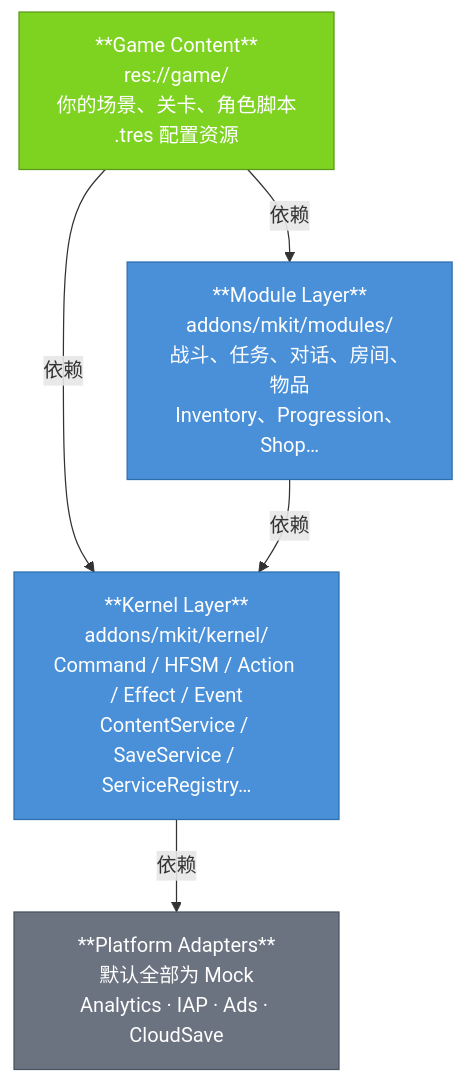
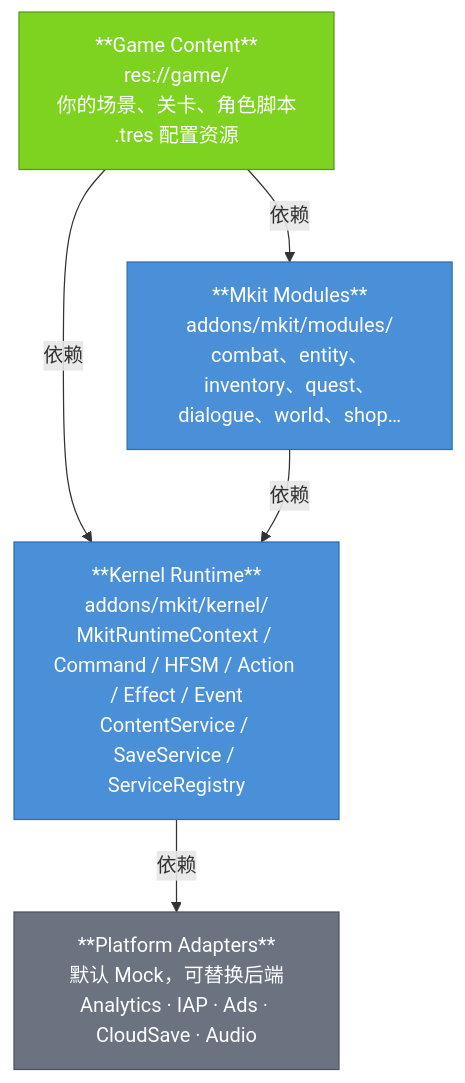
One commit to xiaofeiqiu/mkit changed the diagram in docs/architecture.md. Above: the diagram before and after it, drawn with Mermaid. The commit also changed other lines of this file and 32 other files, not shown here.

````diff
--- a/docs/architecture.md
+++ b/docs/architecture.md
@@ -9,20 +9,20 @@
 ```mermaid
 flowchart TB
     Game["**Game Content**\nres://game/\n你的场景、关卡、角色脚本\n.tres 配置资源"]
-    Modules["**Module Layer**\naddons/mkit/modules/\n战斗、任务、对话、房间、物品\nInventory、Progression、Shop…"]
-    Kernel["**Kernel Layer**\naddons/mkit/kernel/\nCommand / HFSM / Action / Effect / Event\nContentService / SaveService / ServiceRegistry…"]
-    Platform["**Platform Adapters**\n默认全部为 Mock\nAnalytics · IAP · Ads · CloudSave"]
+    Modules["**Mkit Modules**\naddons/mkit/modules/\ncombat、entity、inventory、quest、dialogue、world、shop…"]
+    Kernel["**Kernel Runtime**\naddons/mkit/kernel/\nMkitRuntimeContext / Command / HFSM / Action / Effect / Event\nContentService / SaveService / ServiceRegistry"]
+    Platform["**Platform Adapters**\n默认 Mock，可替换后端\nAnalytics · IAP · Ads · CloudSave · Audio"]
 
     Game -->|"依赖"| Modules
     Game -->|"依赖"| Kernel
     Modules -->|"依赖"| Kernel
     Kernel -->|"依赖"| Platform
 
     classDef mkitCore  fill:#4A90D9,color:#fff,stroke:#2C6FAC
     classDef userOwned fill:#7ED321,color:#fff,stroke:#5A9A18
     classDef platform  fill:#6B7280,color:#fff,stroke:#4B5563
 
     class Modules,Kernel mkitCore
     class Game userOwned
     class Platform platform
 ```
````
